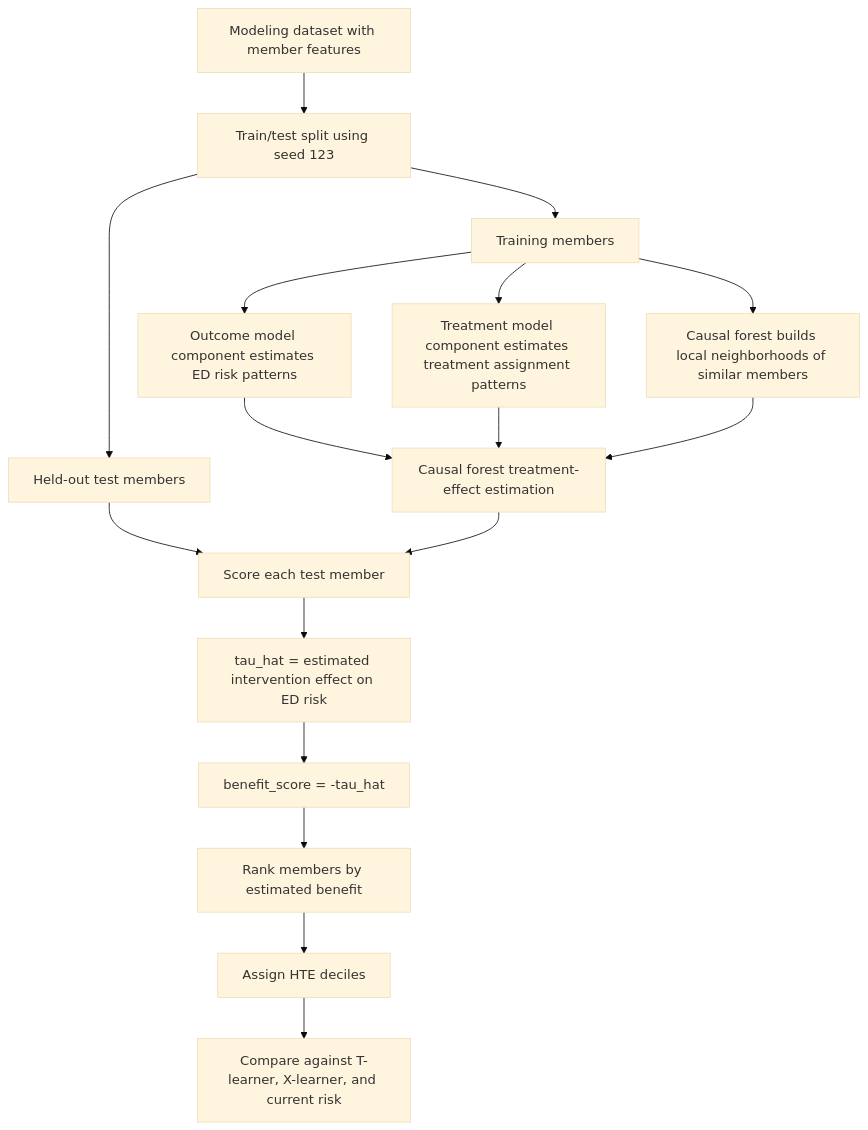
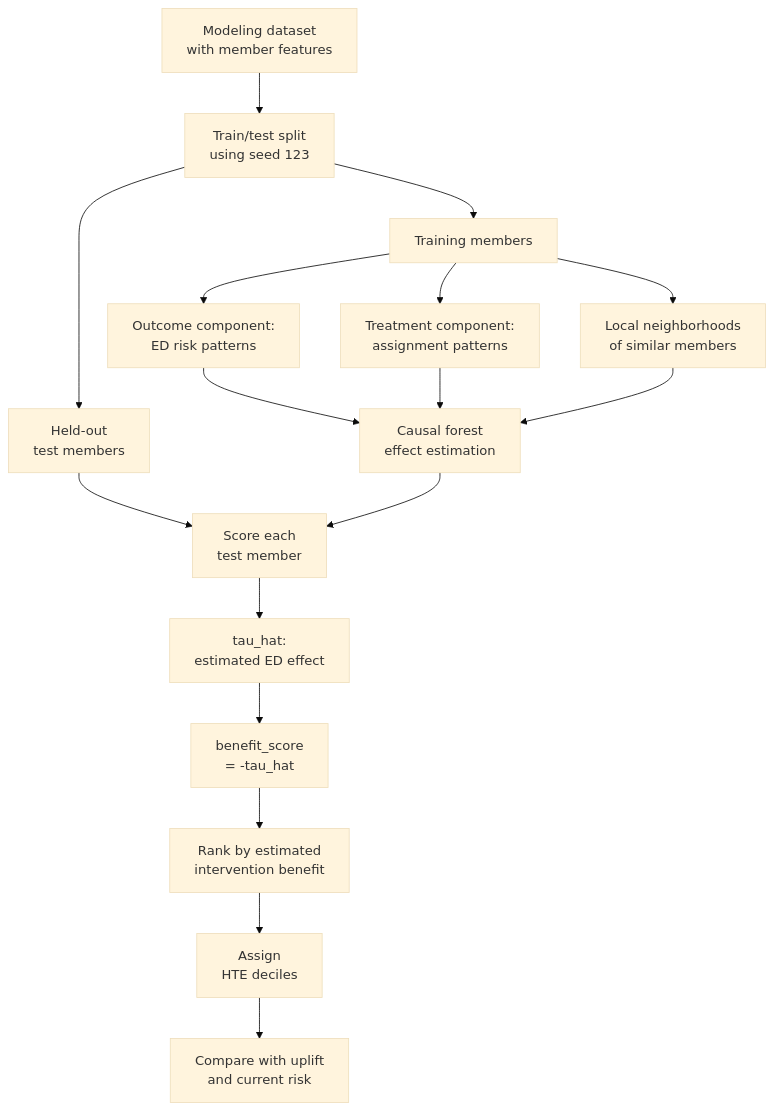
Before and after one commit to ndesai777777/prism_repo: the diagram in PRISM_Causal_Forest_Modeling_README.md, drawn with Mermaid (base theme). The commit also changed 1 other file, not shown here.

````diff
--- a/PRISM_Causal_Forest_Modeling_README.md
+++ b/PRISM_Causal_Forest_Modeling_README.md
@@ -92,19 +92,19 @@
 ```mermaid
 flowchart TD
-    A["Modeling dataset with member features"] --> B["Train/test split using seed 123"]
+    A["Modeling dataset<br/>with member features"] --> B["Train/test split<br/>using seed 123"]
     B --> C["Training members"]
-    B --> D["Held-out test members"]
-    C --> E["Outcome model component estimates ED risk patterns"]
-    C --> F["Treatment model component estimates treatment assignment patterns"]
-    C --> G["Causal forest builds local neighborhoods of similar members"]
-    E --> H["Causal forest treatment-effect estimation"]
+    B --> D["Held-out<br/>test members"]
+    C --> E["Outcome component:<br/>ED risk patterns"]
+    C --> F["Treatment component:<br/>assignment patterns"]
+    C --> G["Local neighborhoods<br/>of similar members"]
+    E --> H["Causal forest<br/>effect estimation"]
     F --> H
     G --> H
-    D --> I["Score each test member"]
+    D --> I["Score each<br/>test member"]
     H --> I
-    I --> J["tau_hat = estimated intervention effect on ED risk"]
-    J --> K["benefit_score = -tau_hat"]
-    K --> L["Rank members by estimated benefit"]
-    L --> M["Assign HTE deciles"]
-    M --> N["Compare against T-learner, X-learner, and current risk"]
+    I --> J["tau_hat:<br/>estimated ED effect"]
+    J --> K["benefit_score<br/>= -tau_hat"]
+    K --> L["Rank by estimated<br/>intervention benefit"]
+    L --> M["Assign<br/>HTE deciles"]
+    M --> N["Compare with uplift<br/>and current risk"]
 ```
````
